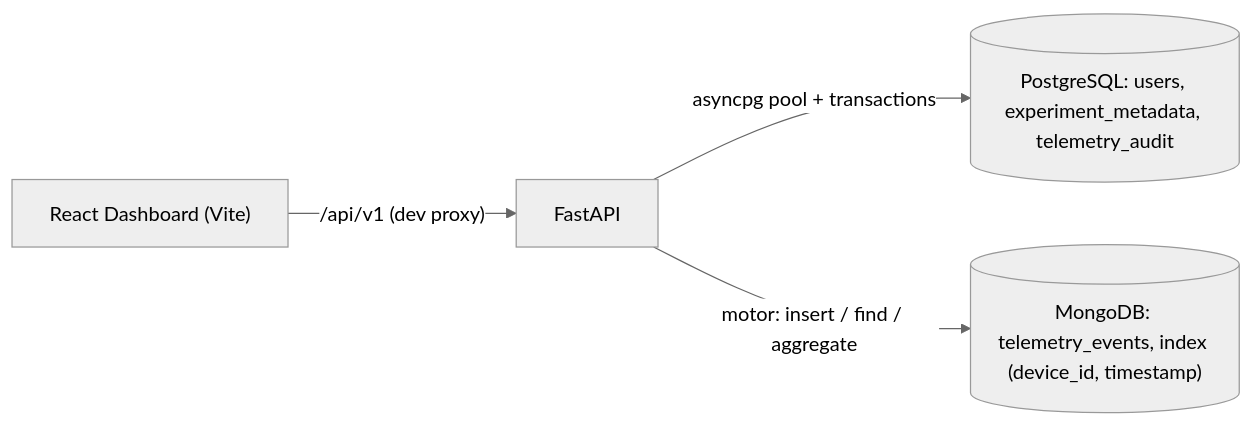
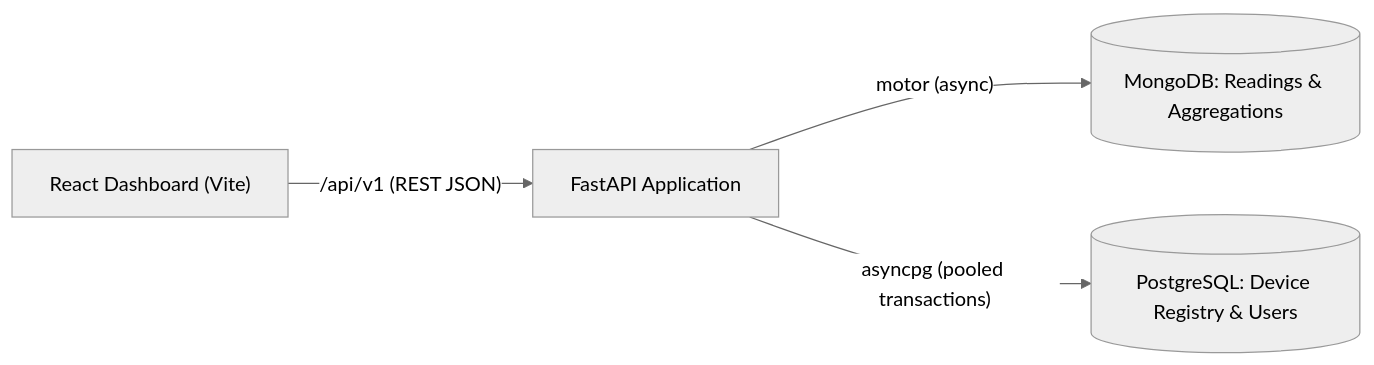
Before and after one commit to shivank151004/Scientific-Data-Management-Portal-: the diagram in README.md, drawn with Mermaid (neutral theme). The commit also changed other lines of this file and 2 other files, not shown here.

````diff
--- a/README.md
+++ b/README.md
@@ -16,6 +11,6 @@
 ```mermaid
 flowchart LR
-    UI["React Dashboard (Vite)"] -->|"/api/v1 (dev proxy)"| API["FastAPI"]
-    API -->|"asyncpg pool + transactions"| PG[("PostgreSQL: users, experiment_metadata, telemetry_audit")]
-    API -->|"motor: insert / find / aggregate"| MG[("MongoDB: telemetry_events, index (device_id, timestamp)")]
+    UI["React Dashboard (Vite)"] -->|"/api/v1 (REST JSON)"| API["FastAPI Application"]
+    API -->|"motor (async)"| MG[("MongoDB: Readings & Aggregations")]
+    API -->|"asyncpg (pooled transactions)"| PG[("PostgreSQL: Device Registry & Users")]
 ```
````
